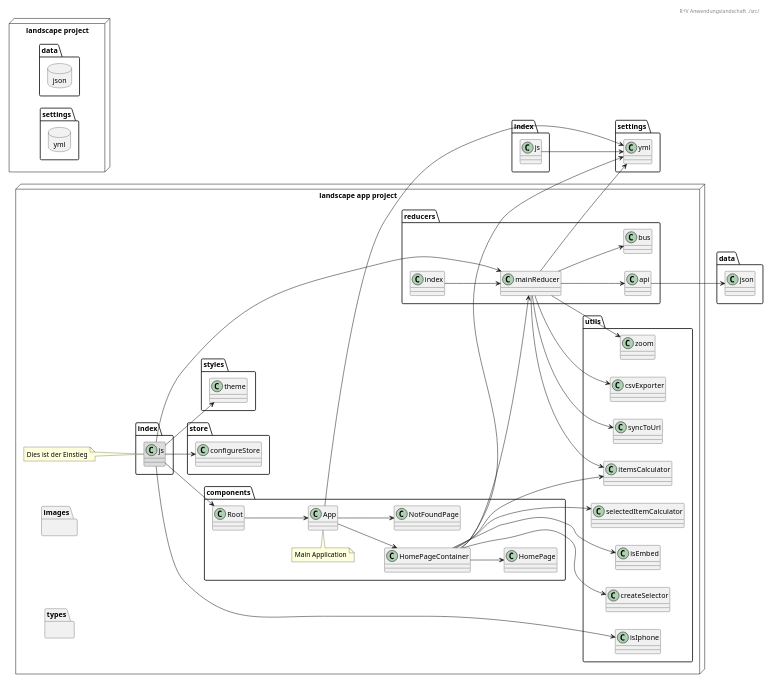
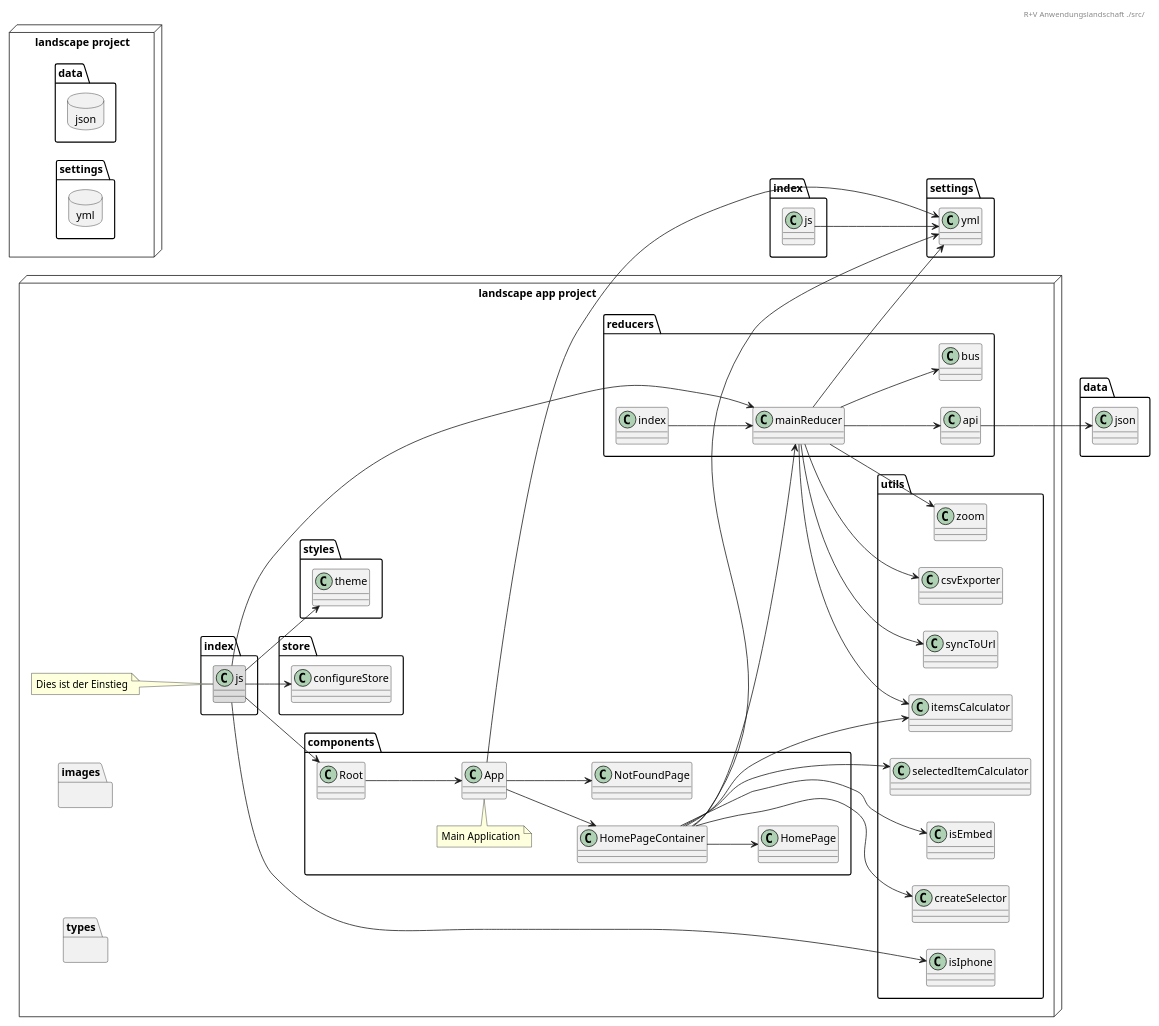
One commit to ga-ruv/doc changed the diagram in landscape/uml/src-overview.puml. Above: the diagram before and after it, drawn with PlantUML. The commit also changed 2 other files, not shown here.

```diff
--- a/landscape/uml/src-overview.puml
+++ b/landscape/uml/src-overview.puml
@@ -1,89 +1,89 @@
 @startuml R+V Anwendungslandschaft ./src/
 'allow_mixing
 left to right direction
-scale max 900*900
+scale max 1700*1200
 header R+V Anwendungslandschaft ./src/
 
 node "landscape app project" {
     package "components"  {
         class "App"
         class "HomePage"
         class "HomePageContainer"
         class "NotFoundPage"
         class "Root"
 
         Root --> App
         App --> HomePageContainer
         App --> NotFoundPage
         HomePageContainer --> HomePage
 
         note top of App
             Main Application
         end note
     }
     package "images" {
     }
     package "reducers" {
         class "api"
         class "bus"
         class "index"
         class "mainReducer"
         index --> mainReducer
     }
     package "store" {
         class "configureStore"
     }
     package "styles" {
         class "theme" 
     }
     package "types" {
     }
     package "utils" {
         class "createSelector"
         class "csvExporter"
         class "isEmbed"
         class "isIphone"
         class "itemsCalculator"
         class "selectedItemCalculator"
         class "syncToUrl"
         class "zoom"
     }
     class "index.js" #DDDDDD
     note left of index.js 
         Dies ist der Einstieg
     end note
 
     index.js --> configureStore
     index.js --> Root
     index.js --> mainReducer
     index.js --> theme
     index.js --> isIphone
 
     HomePageContainer --> createSelector
     HomePageContainer --> mainReducer
     HomePageContainer --> isEmbed
     HomePageContainer --> itemsCalculator
     HomePageContainer --> selectedItemCalculator
 }
 
 node "landscape project" {
     database "data.json" {
 
     }
     database "settings.yml" {
 
     }
 }
 
 api --> data.json
 mainReducer --> api
 mainReducer --> bus
 mainReducer --> syncToUrl
 mainReducer --> zoom
 mainReducer --> itemsCalculator
 mainReducer --> csvExporter
 mainReducer --> settings.yml
 index.js --> settings.yml
 App --> settings.yml
 HomePageContainer --> settings.yml
 @enduml
```
